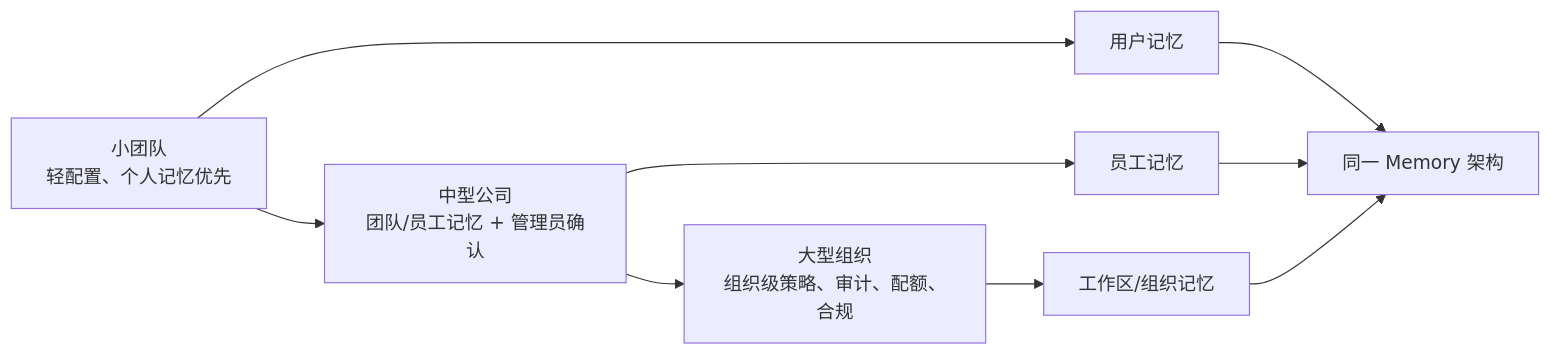
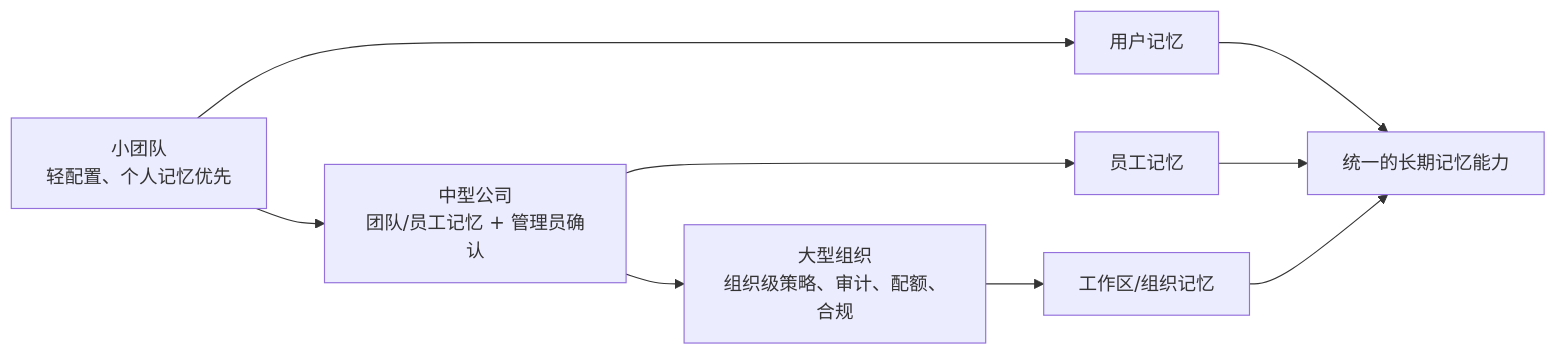
Before and after one commit to berstpander/nocobase: the second of 29 diagrams in ai-employee-long-term-memory-design.md, drawn with Mermaid. The commit also changed other lines of this file, not shown here.

````diff
--- a/ai-employee-long-term-memory-design.md
+++ b/ai-employee-long-term-memory-design.md
@@ -57,13 +59,13 @@
 ```mermaid
 flowchart LR
   Small["小团队<br/>轻配置、个人记忆优先"] --> Medium["中型公司<br/>团队/员工记忆 + 管理员确认"]
   Medium --> Large["大型组织<br/>组织级策略、审计、配额、合规"]
 
   Small --> UserMemory["用户记忆"]
   Medium --> EmployeeMemory["员工记忆"]
   Large --> WorkspaceMemory["工作区/组织记忆"]
 
-  UserMemory --> Architecture["同一 Memory 架构"]
+  UserMemory --> Architecture["统一的长期记忆能力"]
   EmployeeMemory --> Architecture
   WorkspaceMemory --> Architecture
 ```
````
